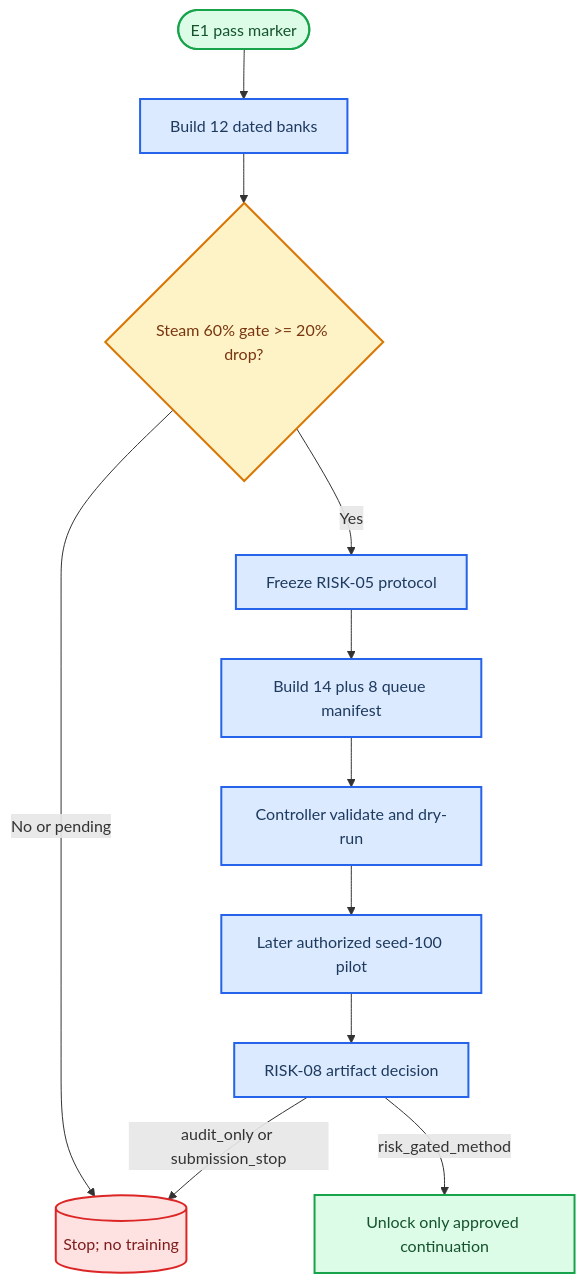
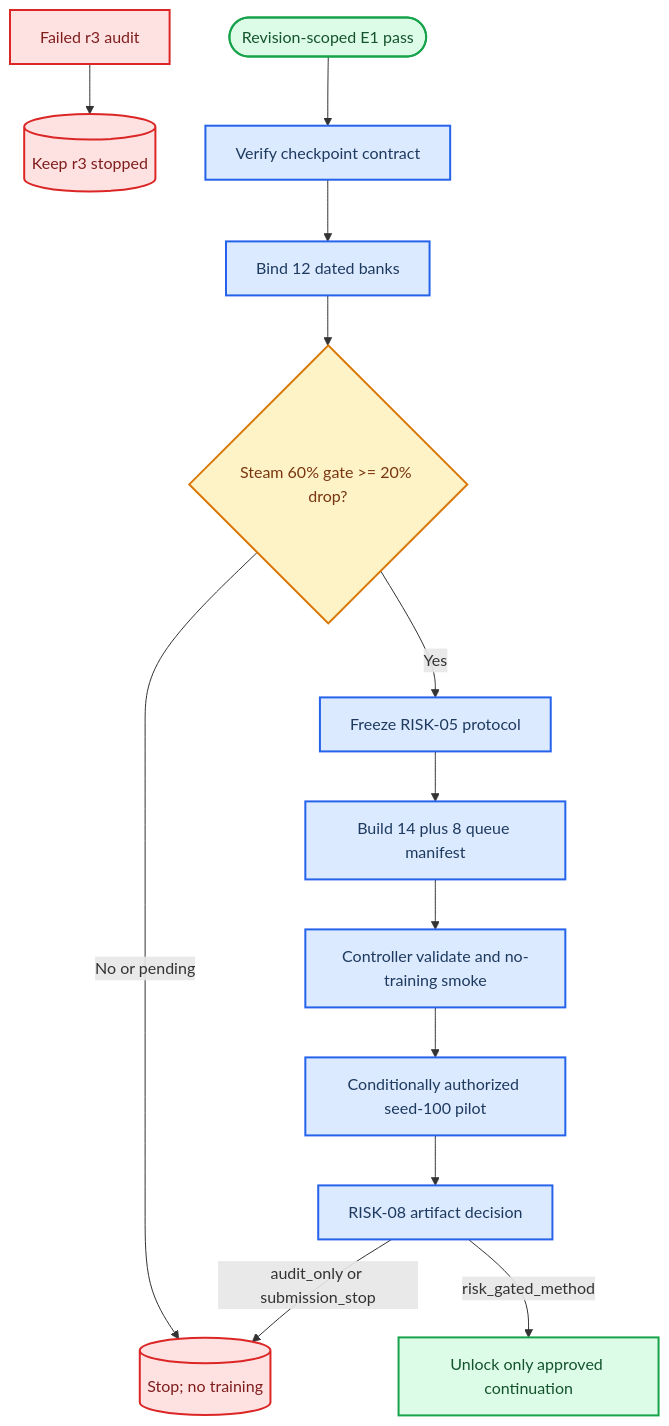
One commit to HMSTerror/RecDemo changed the diagram in docs/runbooks/2026-07-11-e1-pass-risk04-08-experiment-manual.md. Above: the diagram before and after it, drawn with Mermaid. The commit also changed other lines of this file and 28 other files, not shown here.

First line of the commit message:
fix(queue): bind r4 pilot provenance and host checkpoints

````diff
--- a/docs/runbooks/2026-07-11-e1-pass-risk04-08-experiment-manual.md
+++ b/docs/runbooks/2026-07-11-e1-pass-risk04-08-experiment-manual.md
@@ -15,25 +17,27 @@
 ```mermaid
 flowchart TB
     accTitle: RISK-04 to RISK-08 Gate Flow
     accDescr: Train-only corruption assets are built and hashed first, then a severe-corruption gate and prospective freeze authorize a dated pilot manifest; only artifact-backed RISK-08 can unlock later work.
 
-    e1([E1 pass marker]) --> banks[Build 12 dated banks]
+    r3[Failed r3 audit] --> stop_r3[(Keep r3 stopped)]
+    e1([Revision-scoped E1 pass]) --> checkpoint[Verify checkpoint contract]
+    checkpoint --> banks[Bind 12 dated banks]
     banks --> severe{Steam 60% gate >= 20% drop?}
     severe -->|No or pending| stop[(Stop; no training)]
     severe -->|Yes| freeze[Freeze RISK-05 protocol]
     freeze --> manifest[Build 14 plus 8 queue manifest]
-    manifest --> validate[Controller validate and dry-run]
-    validate --> pilot[Later authorized seed-100 pilot]
+    manifest --> validate[Controller validate and no-training smoke]
+    validate --> pilot[Conditionally authorized seed-100 pilot]
     pilot --> decision[RISK-08 artifact decision]
     decision -->|risk_gated_method| continuation[Unlock only approved continuation]
     decision -->|audit_only or submission_stop| stop
 
     classDef gate fill:#fef3c7,stroke:#d97706,stroke-width:2px,color:#78350f
     classDef action fill:#dbeafe,stroke:#2563eb,stroke-width:2px,color:#1e3a5f
     classDef stop fill:#fee2e2,stroke:#dc2626,stroke-width:2px,color:#7f1d1d
     classDef success fill:#dcfce7,stroke:#16a34a,stroke-width:2px,color:#14532d
     class e1,continuation success
-    class banks,freeze,manifest,validate,pilot,decision action
+    class checkpoint,banks,freeze,manifest,validate,pilot,decision action
     class severe gate
-    class stop stop
+    class r3,stop_r3,stop stop
 ```
````
